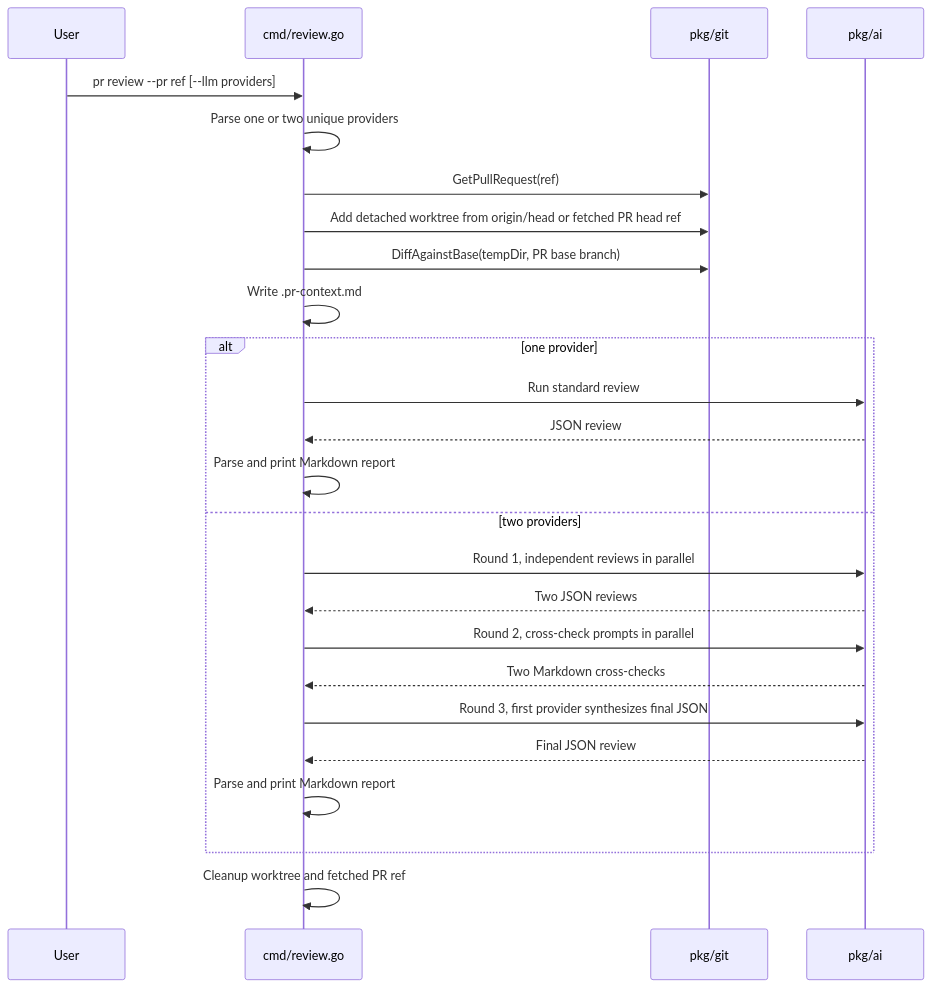
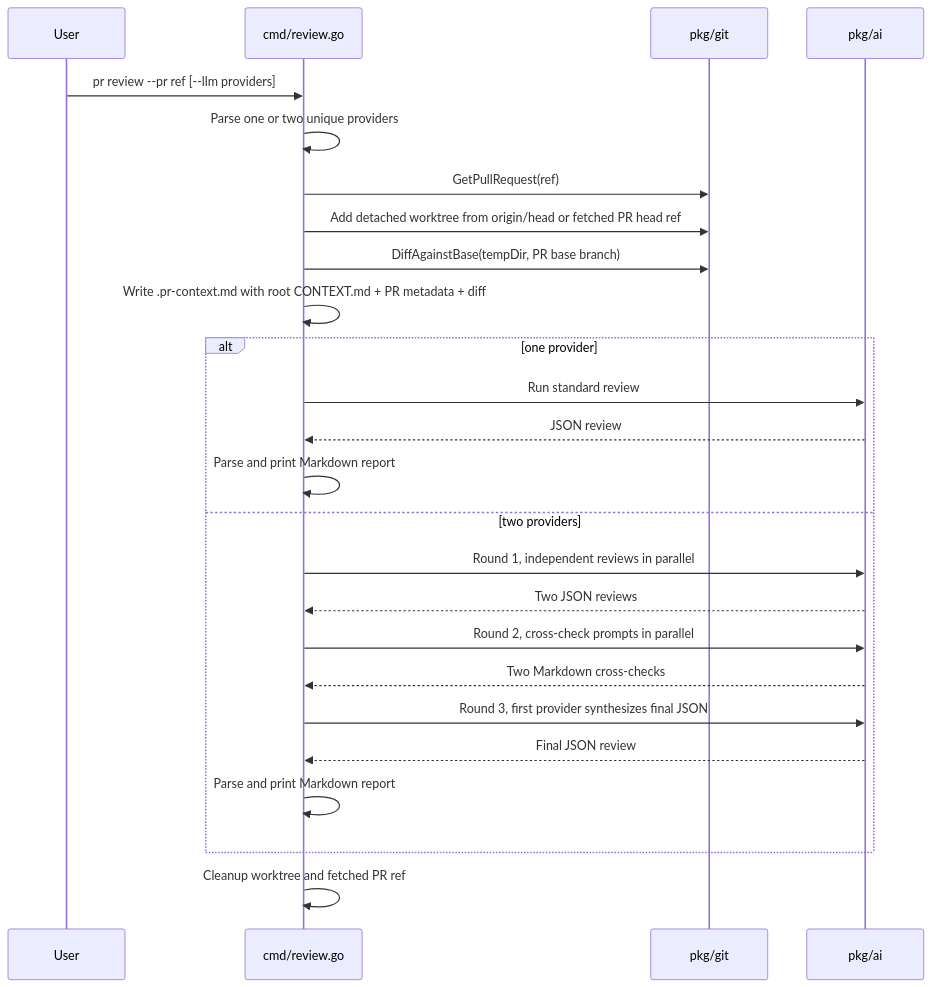
The fourth of 4 diagrams in CONTEXT.md (mpiorowski/prmate), drawn with Mermaid before and after one commit. The commit also changed other lines of this file and 8 other files, not shown here.

````diff
--- a/CONTEXT.md
+++ b/CONTEXT.md
@@ -207,28 +208,28 @@
 ```mermaid
 sequenceDiagram
     participant U as User
     participant R as cmd/review.go
     participant G as pkg/git
     participant A as pkg/ai
 
     U->>R: pr review --pr ref [--llm providers]
     R->>R: Parse one or two unique providers
     R->>G: GetPullRequest(ref)
     R->>G: Add detached worktree from origin/head or fetched PR head ref
     R->>G: DiffAgainstBase(tempDir, PR base branch)
-    R->>R: Write .pr-context.md
+    R->>R: Write .pr-context.md with root CONTEXT.md + PR metadata + diff
     alt one provider
         R->>A: Run standard review
         A-->>R: JSON review
         R->>R: Parse and print Markdown report
     else two providers
         R->>A: Round 1, independent reviews in parallel
         A-->>R: Two JSON reviews
         R->>A: Round 2, cross-check prompts in parallel
         A-->>R: Two Markdown cross-checks
         R->>A: Round 3, first provider synthesizes final JSON
         A-->>R: Final JSON review
         R->>R: Parse and print Markdown report
     end
     R->>R: Cleanup worktree and fetched PR ref
 ```
````
